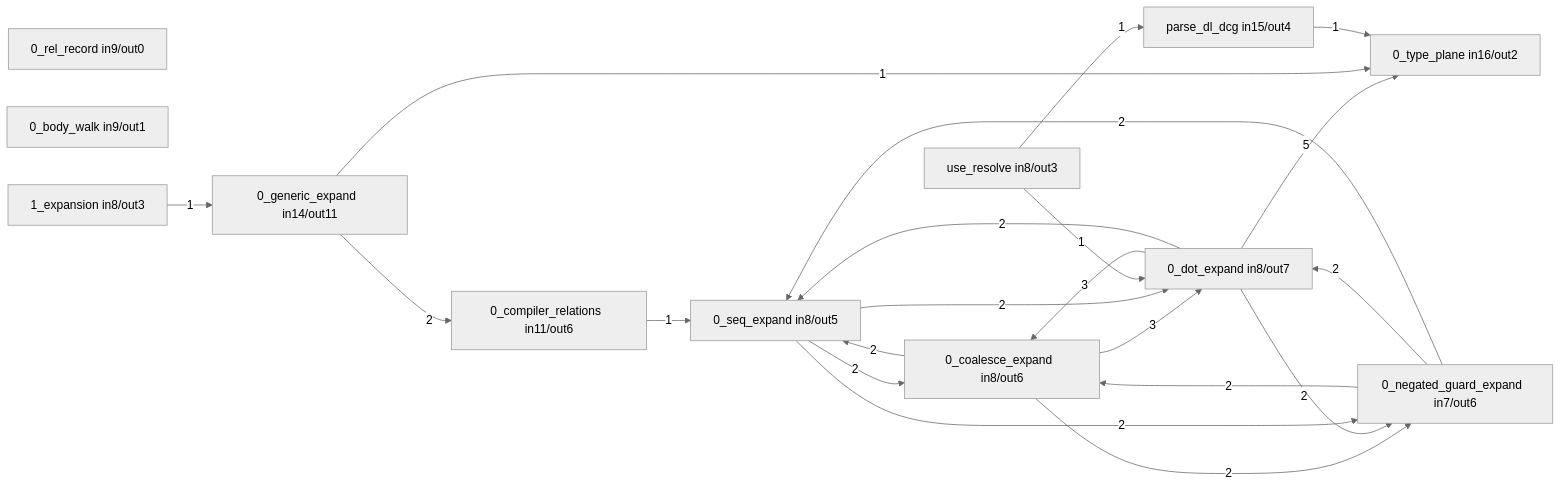
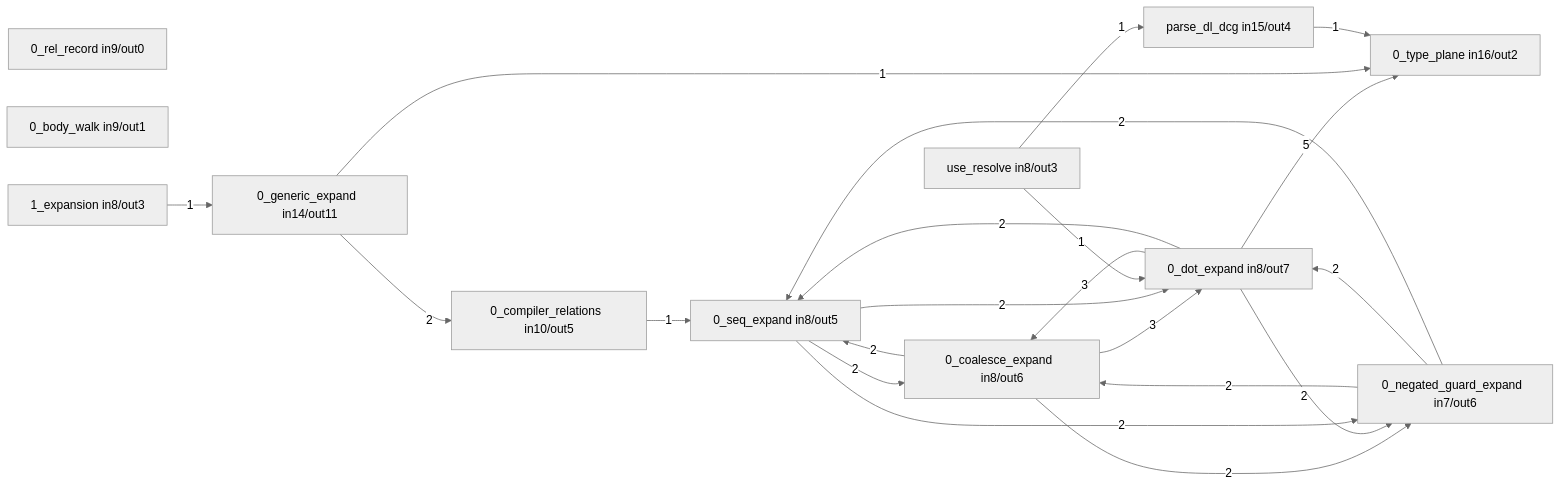
Before and after one commit to hafley66/sprefa: the second of 6 diagrams in docs/selfdoc/compiler.md, drawn with Mermaid (neutral theme). The commit also changed other lines of this file and 63 other files, not shown here.

````diff
--- a/docs/selfdoc/compiler.md
+++ b/docs/selfdoc/compiler.md
@@ -78,35 +78,35 @@
 ```mermaid
 flowchart LR
   n1["0_type_plane  in16/out2"]
   n2["parse_dl_dcg  in15/out4"]
   n3["0_generic_expand  in14/out11"]
-  n4["0_compiler_relations  in11/out6"]
+  n4["0_compiler_relations  in10/out5"]
   n5["0_rel_record  in9/out0"]
   n6["0_body_walk  in9/out1"]
   n7["0_dot_expand  in8/out7"]
   n8["use_resolve  in8/out3"]
   n9["0_coalesce_expand  in8/out6"]
   n10["0_seq_expand  in8/out5"]
   n11["1_expansion  in8/out3"]
   n12["0_negated_guard_expand  in7/out6"]
   n7 -->|5| n1
   n9 -->|3| n7
   n7 -->|3| n9
   n9 -->|2| n12
   n9 -->|2| n10
   n7 -->|2| n12
   n7 -->|2| n10
   n3 -->|2| n4
   n12 -->|2| n9
   n12 -->|2| n7
   n12 -->|2| n10
   n10 -->|2| n9
   n10 -->|2| n7
   n10 -->|2| n12
   n4 -->|1| n10
   n3 -->|1| n1
   n11 -->|1| n3
   n2 -->|1| n1
   n8 -->|1| n7
   n8 -->|1| n2
 ```
````
